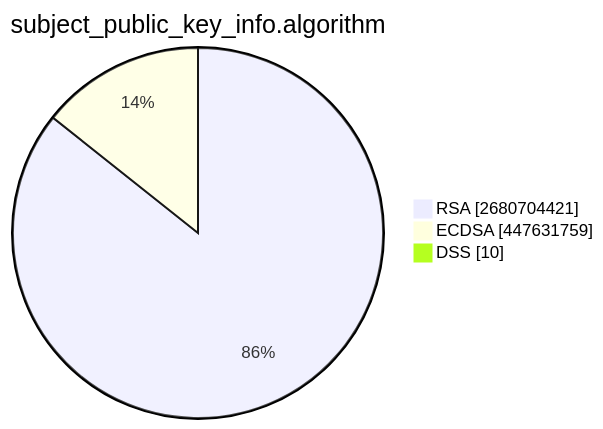
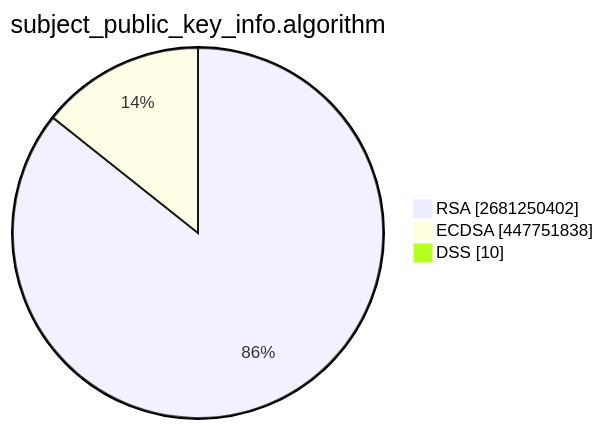
Before and after one commit to christiankrug/ctmonitor_visualization: the second of 15 diagrams in TOTAL/README.md, drawn with Mermaid. The commit also changed other lines of this file, not shown here.

````diff
--- a/TOTAL/README.md
+++ b/TOTAL/README.md
@@ -6,7 +6,7 @@
 ```mermaid
 pie showData
 title subject_public_key_info.algorithm
-"RSA" :2680704421
-"ECDSA" :447631759
+"RSA" :2681250402
+"ECDSA" :447751838
 "DSS" :10
 ```
````
